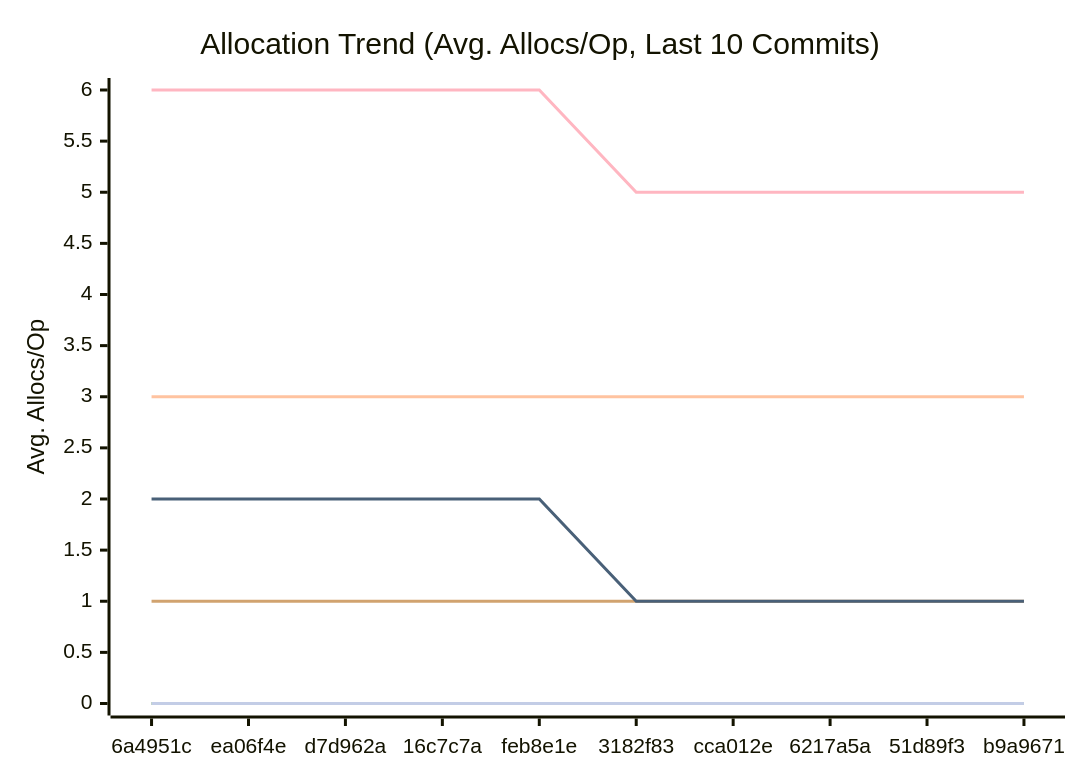
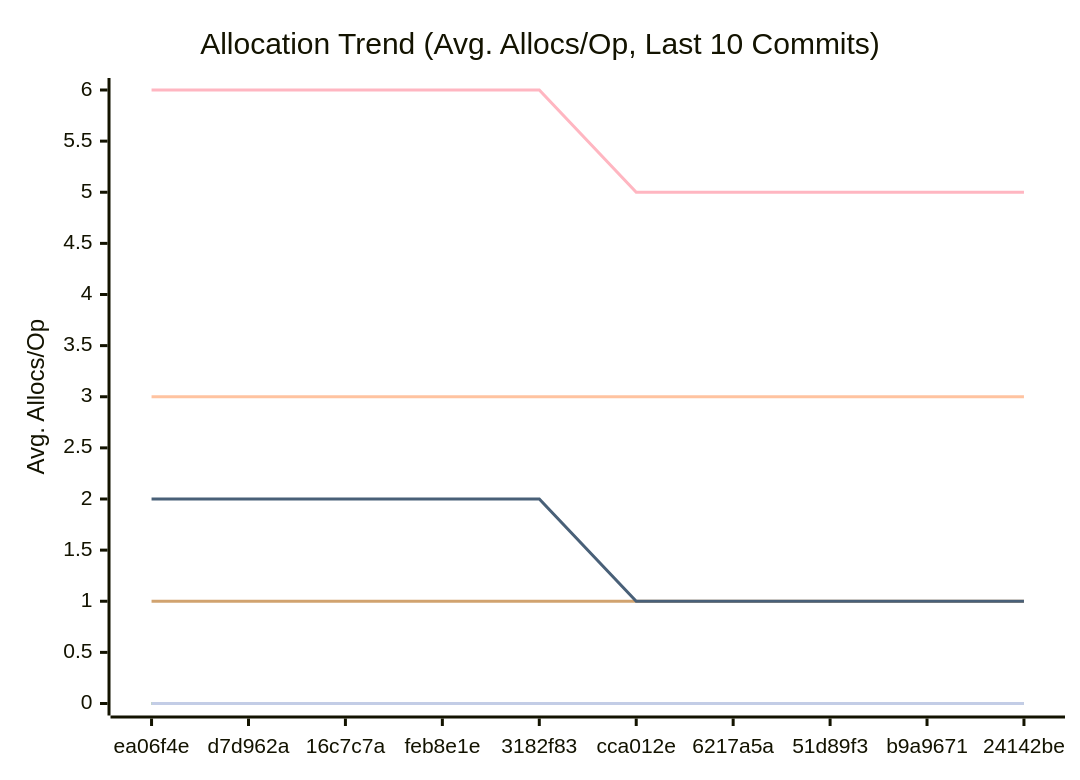
Before and after one commit to alsotoes/momo: the third of 3 diagrams in docs/PERFORMANCE.md, drawn with Mermaid. The commit also changed other lines of this file and 3 other files, not shown here.

````diff
--- a/docs/PERFORMANCE.md
+++ b/docs/PERFORMANCE.md
@@ -114,16 +114,16 @@
 ```mermaid
 xychart-beta
     title "Allocation Trend (Avg. Allocs/Op, Last 10 Commits)"
     x-axis "Commit"
     y-axis "Avg. Allocs/Op"
-    x-axis [6a4951c,ea06f4e,d7d962a,16c7c7a,feb8e1e,3182f83,cca012e,6217a5a,51d89f3,b9a9671]
+    x-axis [ea06f4e,d7d962a,16c7c7a,feb8e1e,3182f83,cca012e,6217a5a,51d89f3,b9a9671,24142be]
     line "CheckMetricsAndSwap" [0,0,0,0,0,0,0,0,0,0]
     line "CrushOptimized" [0,0,0,0,0,0,0,0,0,0]
     line "CrushOriginal" [3,3,3,3,3,3,3,3,3,3]
     line "IndexDirectTracking" [0,0,0,0,0,0,0,0,0,0]
     line "IndexSearch" [0,0,0,0,0,0,0,0,0,0]
     line "LoadGlobalConfig" [1,1,1,1,1,1,1,1,1,1]
     line "PadString" [0,0,0,0,0,0,0,0,0,0]
     line "ParseReplicationOrder_NoPrealloc" [6,6,6,6,6,5,5,5,5,5]
     line "ParseReplicationOrder_Prealloc" [2,2,2,2,2,1,1,1,1,1]
 ```
````
